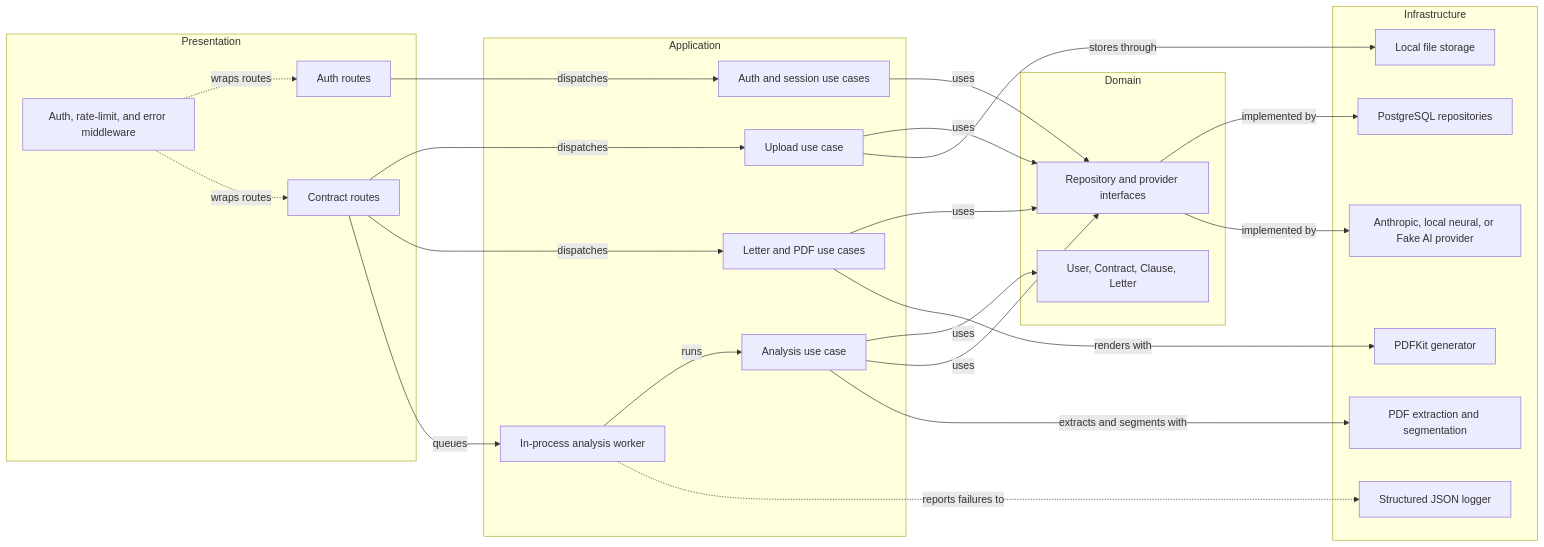
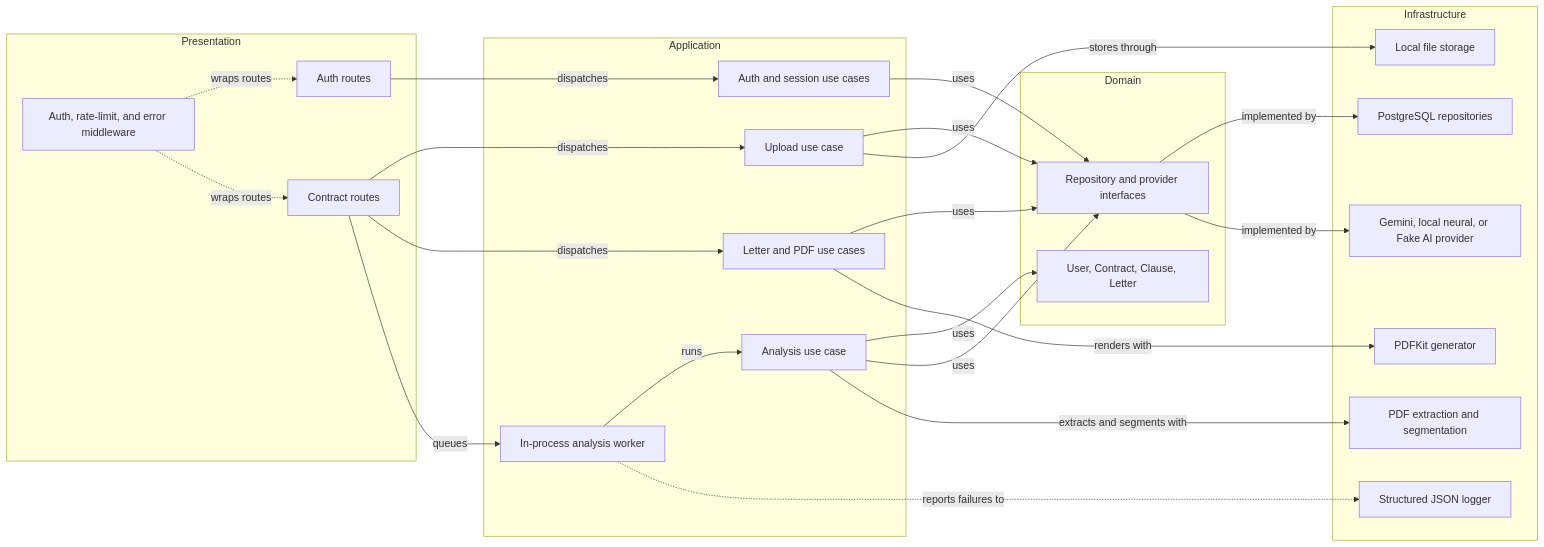
One commit to Jesusdavid2004/Contrato_ceroO changed the second of 4 diagrams in docs/architecture.md. Above: the diagram before and after it, drawn with Mermaid. The commit also changed other lines of this file and 20 other files, not shown here.

Commit message:
refactor(ai): remove Anthropic, keep local plus free Gemini hybrid

````diff
--- a/docs/architecture.md
+++ b/docs/architecture.md
@@ -44,46 +44,46 @@
 ```mermaid
 flowchart LR
     subgraph cPresentation["Presentation"]
         cAuthRoutes["Auth routes"]
         cContractRoutes["Contract routes"]
         cMiddleware["Auth, rate-limit, and error middleware"]
     end
     subgraph cApplication["Application"]
         cAuthCases["Auth and session use cases"]
         cUploadCase["Upload use case"]
         cAnalysisCase["Analysis use case"]
         cLetterCases["Letter and PDF use cases"]
         cWorker["In-process analysis worker"]
     end
     subgraph cDomain["Domain"]
         cEntities["User, Contract, Clause, Letter"]
         cPorts["Repository and provider interfaces"]
     end
     subgraph cInfrastructure["Infrastructure"]
         cPostgres["PostgreSQL repositories"]
-        cAI["Anthropic, local neural, or Fake AI provider"]
+        cAI["Gemini, local neural, or Fake AI provider"]
         cExtract["PDF extraction and segmentation"]
         cStorage["Local file storage"]
         cPdf["PDFKit generator"]
         cLogger["Structured JSON logger"]
     end
 
     cAuthRoutes -->|"dispatches"| cAuthCases
     cContractRoutes -->|"dispatches"| cUploadCase
     cContractRoutes -->|"dispatches"| cLetterCases
     cContractRoutes -->|"queues"| cWorker
     cWorker -->|"runs"| cAnalysisCase
     cAnalysisCase -->|"uses"| cEntities
     cAuthCases -->|"uses"| cPorts
     cUploadCase -->|"uses"| cPorts
     cAnalysisCase -->|"uses"| cPorts
     cLetterCases -->|"uses"| cPorts
     cPorts -->|"implemented by"| cPostgres
     cPorts -->|"implemented by"| cAI
     cAnalysisCase -->|"extracts and segments with"| cExtract
     cUploadCase -->|"stores through"| cStorage
     cLetterCases -->|"renders with"| cPdf
     cMiddleware -.->|"wraps routes"| cAuthRoutes
     cMiddleware -.->|"wraps routes"| cContractRoutes
     cWorker -.->|"reports failures to"| cLogger
 ```
````
